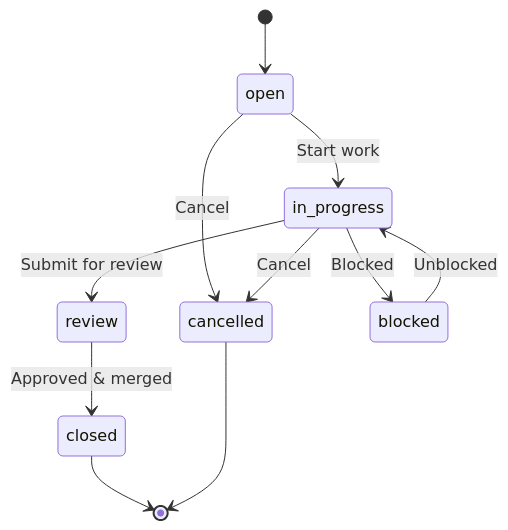
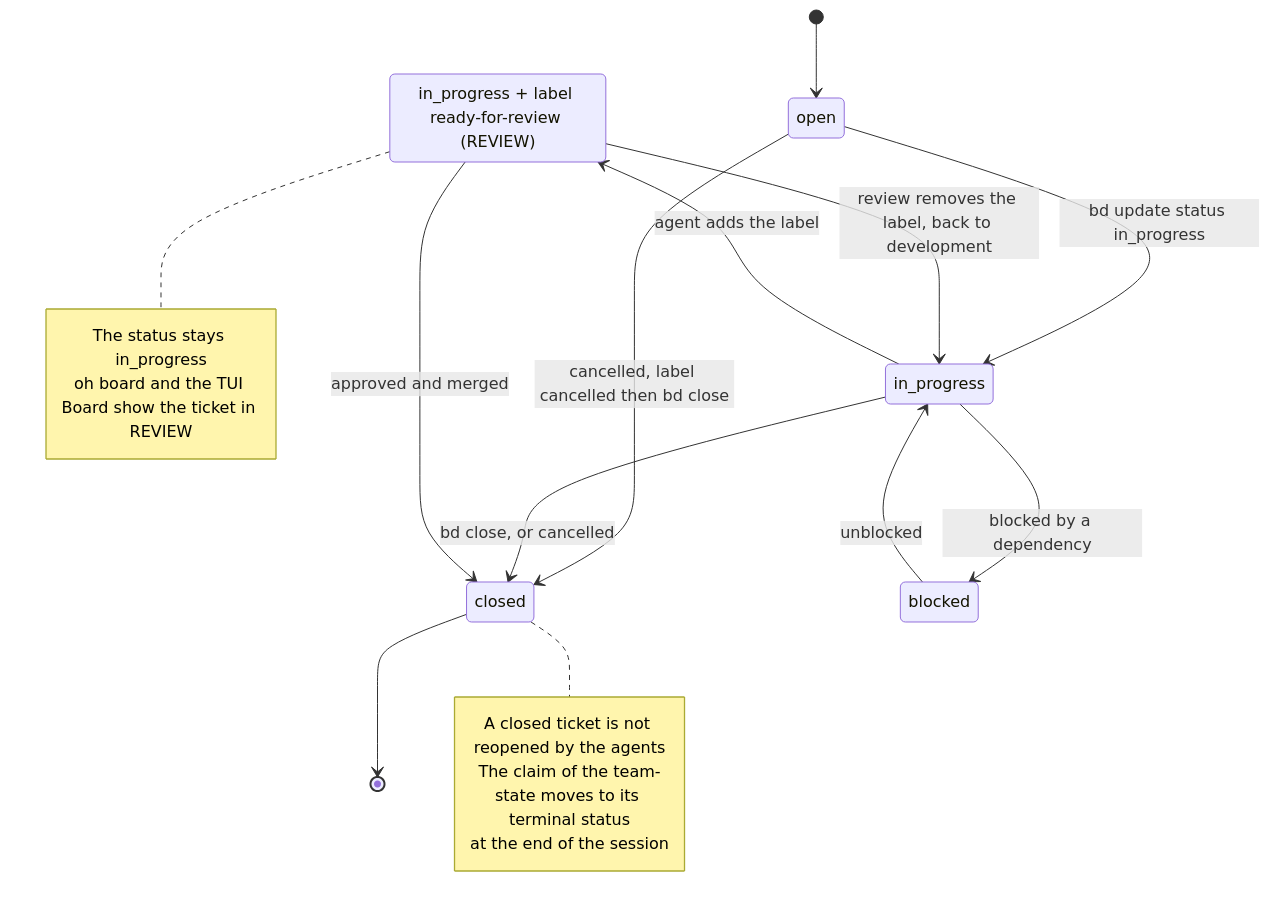
One commit to datichb/openhub changed the diagram in docs/diagrams/beads-lifecycle.mermaid. Above: the diagram before and after it, drawn with Mermaid. The commit also changed 4 other files, not shown here.

Commit message:
docs(diagrams): claim-lifecycle and beads-lifecycle describe the 5.1 model (lease, DecideClaimEnd, REVIEW as a label, claim in review never expires), testing guide completes the transitions (v5.1)

```diff
--- a/docs/diagrams/beads-lifecycle.mermaid
+++ b/docs/diagrams/beads-lifecycle.mermaid
@@ -1,22 +1,38 @@
-%% D10: Beads Ticket Lifecycle
-%% State diagram showing the 6-status Beads ticket lifecycle.
-%% Main flow: open -> in_progress -> review -> closed
-%% Blocked is accessible from in_progress.
-%% Cancelled is accessible from open and in_progress.
+%% OpenHub -- Beads ticket lifecycle as oh drives it (v5.1)
+%% Beads (bd 1.3) statuses that oh uses: open, in_progress, blocked, closed.
+%% There is no review status and no cancelled status in bd: REVIEW is an
+%% in_progress ticket carrying the label ready-for-review (beads.BoardColumn),
+%% and a cancelled ticket is closed with the label cancelled.
+%% Other bd statuses (deferred, pinned, hooked) are not driven by oh and the
+%% board shows them in TODO; custom statuses (validation, testing, qa,
+%% pre-release) are shown in VALIDATION.
 
 stateDiagram-v2
+    state "in_progress + label ready-for-review (REVIEW)" as in_review
+
     [*] --> open
 
-    open --> in_progress : Start work
-    open --> cancelled : Cancel
+    open --> in_progress : bd update status in_progress
+    open --> closed : cancelled, label cancelled then bd close
 
-    in_progress --> review : Submit for review
-    in_progress --> blocked : Blocked
-    in_progress --> cancelled : Cancel
+    in_progress --> blocked : blocked by a dependency
+    blocked --> in_progress : unblocked
 
-    blocked --> in_progress : Unblocked
+    in_progress --> in_review : agent adds the label
+    in_review --> in_progress : review removes the label, back to development
 
-    review --> closed : Approved & merged
+    in_progress --> closed : bd close, or cancelled
+    in_review --> closed : approved and merged
 
     closed --> [*]
-    cancelled --> [*]
+
+    note right of in_review
+        The status stays in_progress
+        oh board and the TUI Board show the ticket in REVIEW
+    end note
+
+    note right of closed
+        A closed ticket is not reopened by the agents
+        The claim of the team-state moves to its terminal status
+        at the end of the session
+    end note
```
